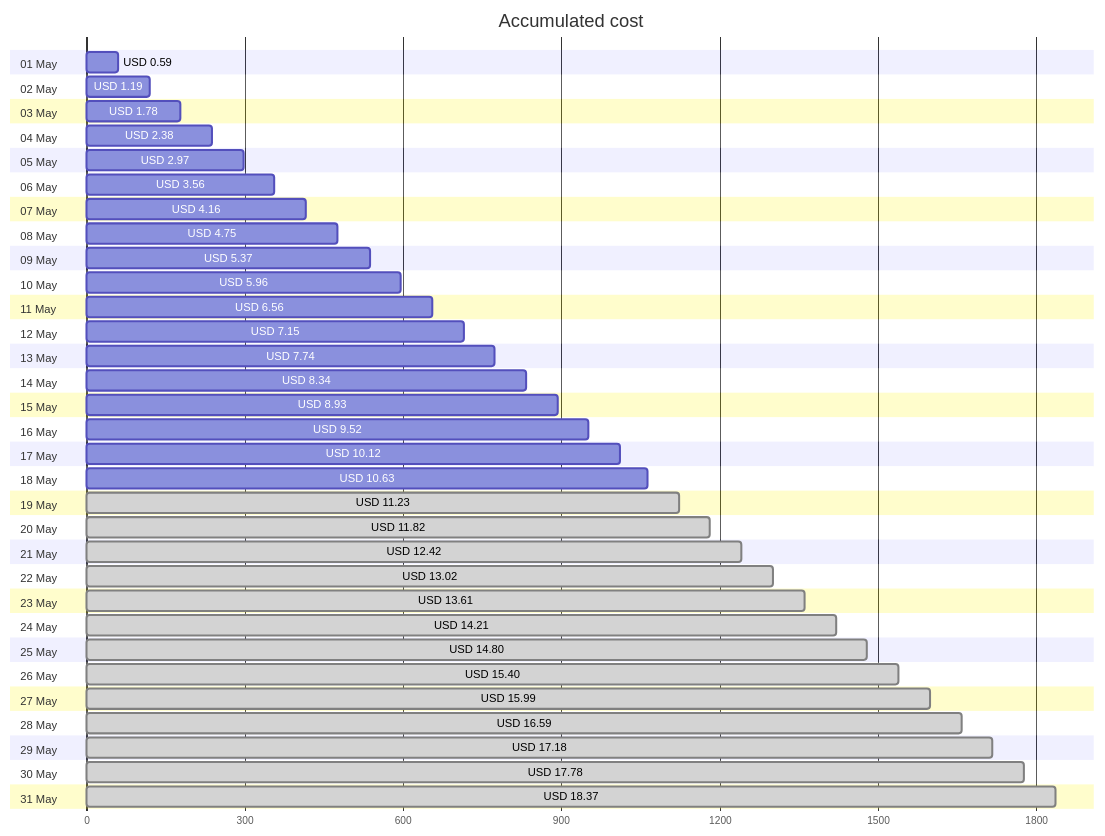
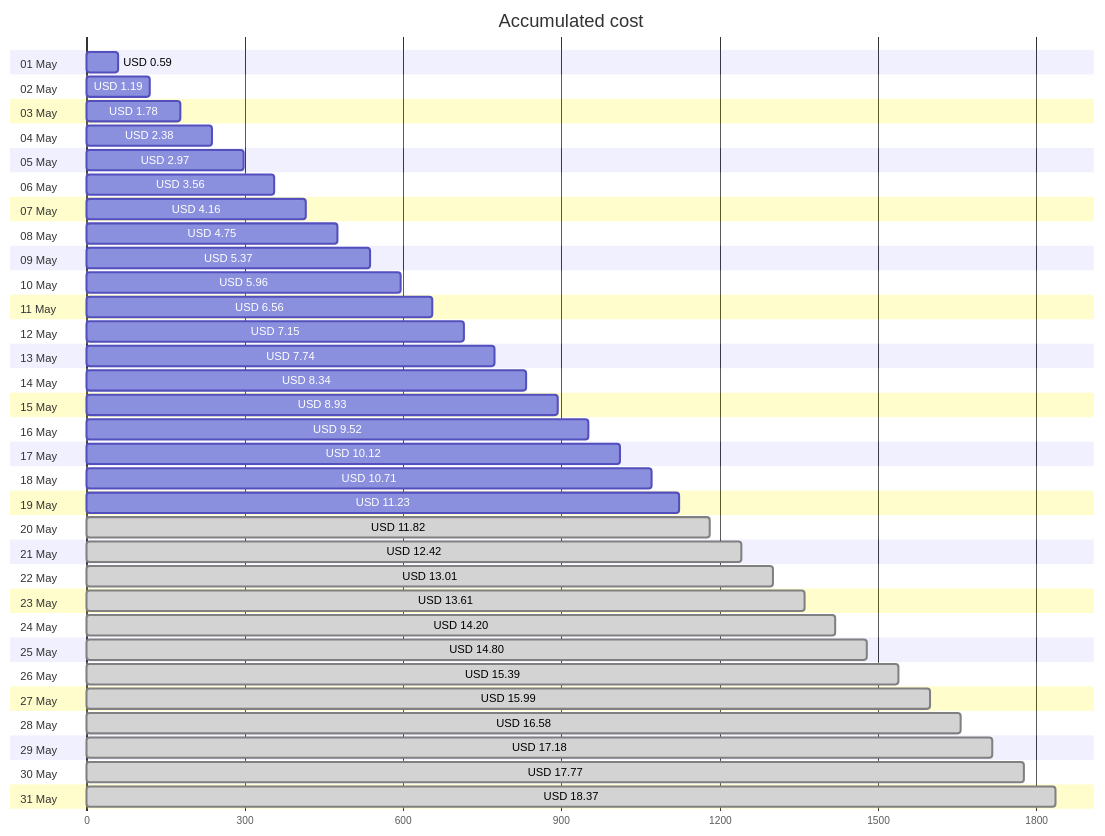
One commit to jpfulton/azure-personal-reports changed the first of 4 diagrams in cost-reports/personal-site/README.md. Above: the diagram before and after it, drawn with Mermaid. The commit also changed other lines of this file and 6 other files, not shown here.

````diff
--- a/cost-reports/personal-site/README.md
+++ b/cost-reports/personal-site/README.md
@@ -20,68 +20,68 @@
 ```mermaid
 gantt
    title Accumulated cost
    dateFormat  X
    axisFormat %s
    section 01 May
    USD 0.59 :0, 59
    section 02 May
    USD 1.19 :0, 119
    section 03 May
    USD 1.78 :0, 178
    section 04 May
    USD 2.38 :0, 238
    section 05 May
    USD 2.97 :0, 297
    section 06 May
    USD 3.56 :0, 356
    section 07 May
    USD 4.16 :0, 416
    section 08 May
    USD 4.75 :0, 475
    section 09 May
    USD 5.37 :0, 537
    section 10 May
    USD 5.96 :0, 596
    section 11 May
    USD 6.56 :0, 656
    section 12 May
    USD 7.15 :0, 715
    section 13 May
    USD 7.74 :0, 774
    section 14 May
    USD 8.34 :0, 834
    section 15 May
    USD 8.93 :0, 893
    section 16 May
    USD 9.52 :0, 952
    section 17 May
    USD 10.12 :0, 1012
    section 18 May
-   USD 10.63 :0, 1063
+   USD 10.71 :0, 1071
    section 19 May
-   USD 11.23 : done, 0, 1123
+   USD 11.23 :0, 1123
    section 20 May
    USD 11.82 : done, 0, 1182
    section 21 May
    USD 12.42 : done, 0, 1242
    section 22 May
-   USD 13.02 : done, 0, 1302
+   USD 13.01 : done, 0, 1301
    section 23 May
    USD 13.61 : done, 0, 1361
    section 24 May
-   USD 14.21 : done, 0, 1421
+   USD 14.20 : done, 0, 1420
    section 25 May
    USD 14.80 : done, 0, 1480
    section 26 May
-   USD 15.40 : done, 0, 1540
+   USD 15.39 : done, 0, 1539
    section 27 May
    USD 15.99 : done, 0, 1599
    section 28 May
-   USD 16.59 : done, 0, 1659
+   USD 16.58 : done, 0, 1658
    section 29 May
    USD 17.18 : done, 0, 1718
    section 30 May
-   USD 17.78 : done, 0, 1778
+   USD 17.77 : done, 0, 1777
    section 31 May
    USD 18.37 : done, 0, 1837
 ```
````
